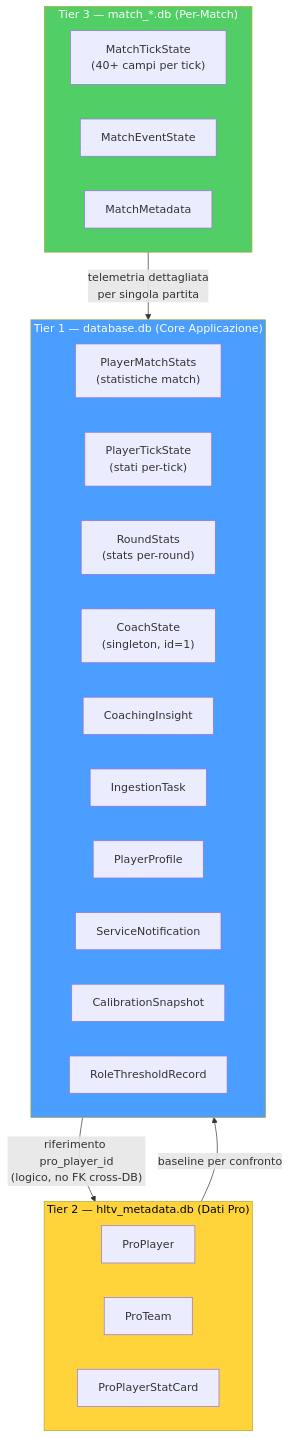
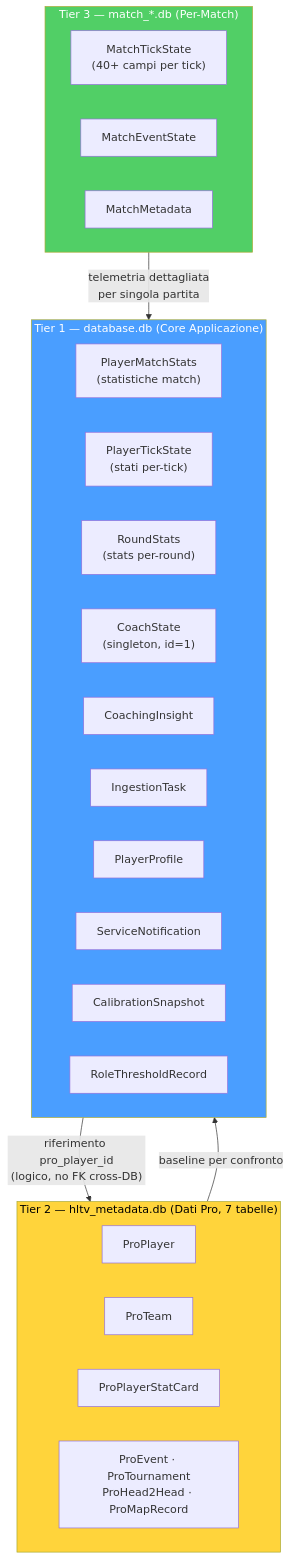
Diagram 39 of 49 in docs/books/Book-Coach-2.md (renanaugustomacena-ux/Counter-Strike-coach-AI), drawn with Mermaid before and after one commit. The commit also changed other lines of this file and 4 other files, not shown here.

````diff
--- a/docs/books/Book-Coach-2.md
+++ b/docs/books/Book-Coach-2.md
@@ -1889,32 +1864,33 @@
 ```mermaid
 flowchart TB
     subgraph TIER1["Tier 1 — database.db (Core Applicazione)"]
         PMS["PlayerMatchStats<br/>(statistiche match)"]
         PTS["PlayerTickState<br/>(stati per-tick)"]
         RS["RoundStats<br/>(stats per-round)"]
         CS["CoachState<br/>(singleton, id=1)"]
         CI["CoachingInsight"]
         IT["IngestionTask"]
         PP["PlayerProfile"]
         SN["ServiceNotification"]
         CALIB["CalibrationSnapshot"]
         RTR["RoleThresholdRecord"]
     end
-    subgraph TIER2["Tier 2 — hltv_metadata.db (Dati Pro)"]
+    subgraph TIER2["Tier 2 — hltv_metadata.db (Dati Pro, 7 tabelle)"]
         PRO["ProPlayer"]
         TEAM["ProTeam"]
         STAT["ProPlayerStatCard"]
+        EXTRA["ProEvent · ProTournament<br/>ProHead2Head · ProMapRecord"]
     end
     subgraph TIER3["Tier 3 — match_*.db (Per-Match)"]
         MTS["MatchTickState<br/>(40+ campi per tick)"]
         MES["MatchEventState"]
         MM["MatchMetadata"]
     end
     TIER1 -->|"riferimento pro_player_id<br/>(logico, no FK cross-DB)"| TIER2
     TIER2 -->|"baseline per confronto"| TIER1
     TIER3 -->|"telemetria dettagliata<br/>per singola partita"| TIER1
 
     style TIER1 fill:#4a9eff,color:#fff
     style TIER2 fill:#ffd43b,color:#000
     style TIER3 fill:#51cf66,color:#fff
 ```
````
